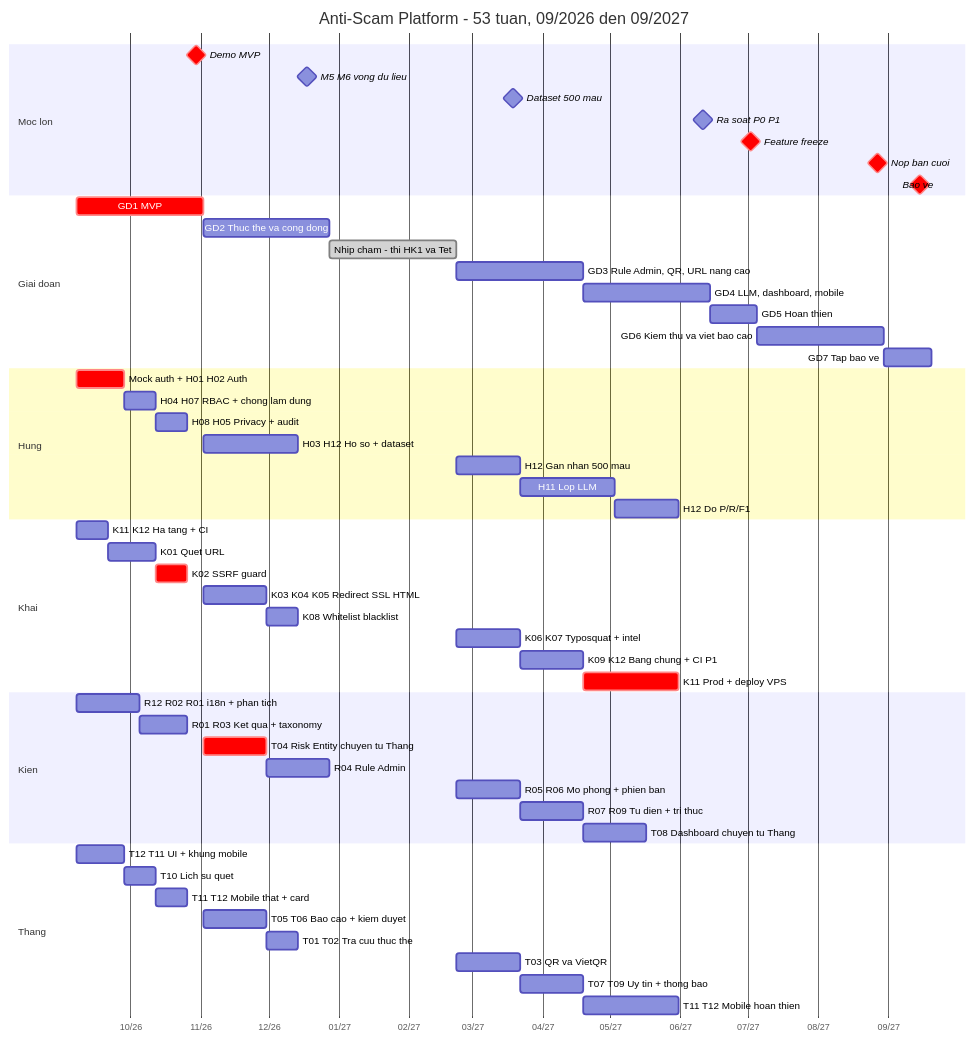
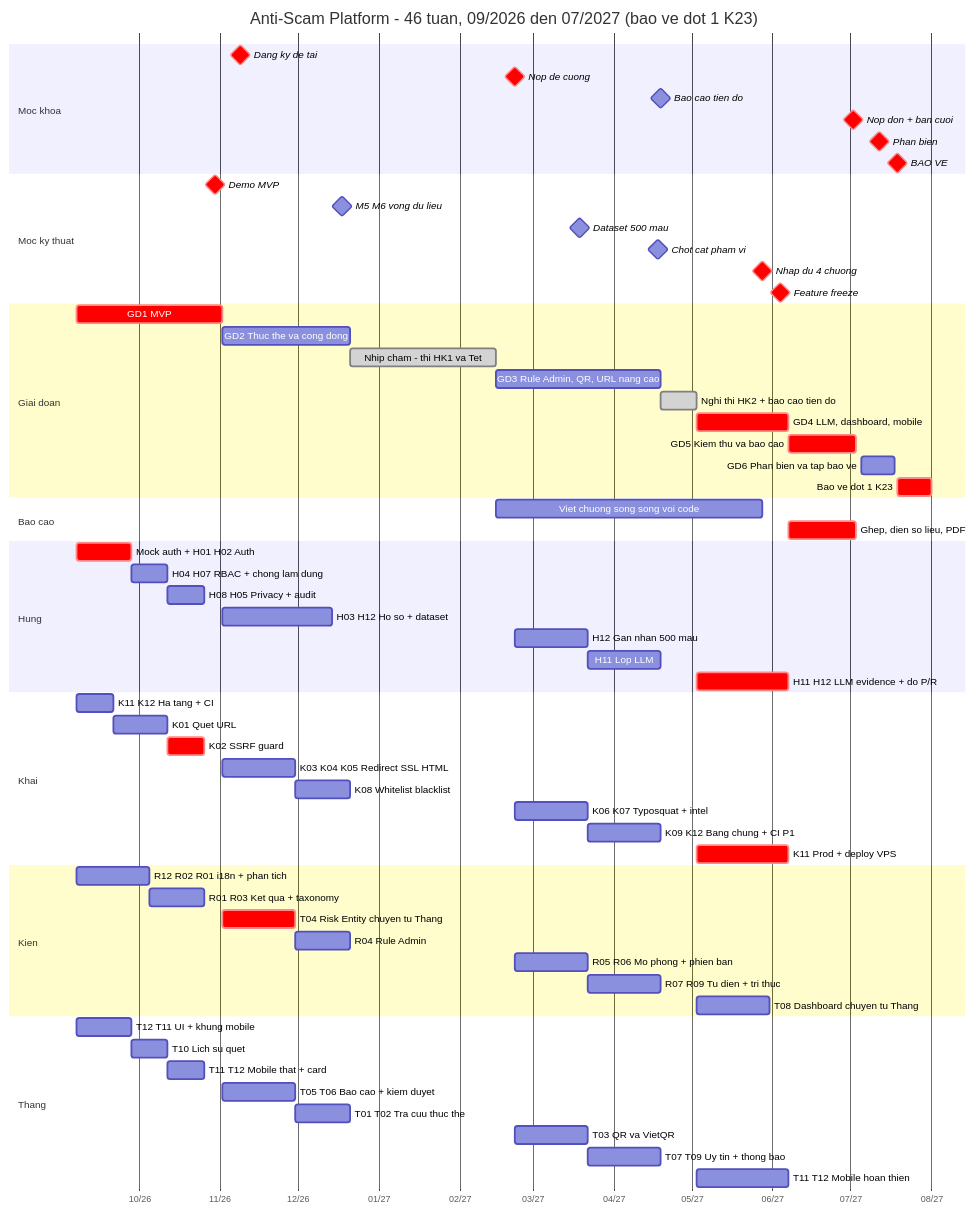
One commit to KLTN-2023-HCMSU/document changed the diagram in Week6/04_Timeline_chi_tiet/Timeline_chi_tiet_theo_tuan.md. Above: the diagram before and after it, drawn with Mermaid. The commit also changed other lines of this file and 1 other file, not shown here.

First line of the commit message:
Khải: căn lại timeline theo lịch khoa + báo cáo tuần W07

````diff
--- a/Week6/04_Timeline_chi_tiet/Timeline_chi_tiet_theo_tuan.md
+++ b/Week6/04_Timeline_chi_tiet/Timeline_chi_tiet_theo_tuan.md
@@ -540,63 +668,75 @@
 ```mermaid
 gantt
     dateFormat YYYY-MM-DD
     axisFormat %m/%y
-    title Anti-Scam Platform - 53 tuan, 09/2026 den 09/2027
+    title Anti-Scam Platform - 46 tuan, 09/2026 den 07/2027 (bao ve dot 1 K23)
 
-    section Moc lon
+    section Moc khoa
+    Dang ky de tai        :milestone, crit, reg, 2026-11-09, 0d
+    Nop de cuong          :milestone, crit, prop, 2027-02-22, 0d
+    Bao cao tien do       :milestone, prog, 2027-04-19, 0d
+    Nop don + ban cuoi    :milestone, crit, sub, 2027-07-02, 0d
+    Phan bien             :milestone, crit, rev, 2027-07-12, 0d
+    BAO VE                :milestone, crit, def, 2027-07-19, 0d
+
+    section Moc ky thuat
     Demo MVP              :milestone, crit, mvp, 2026-10-30, 0d
     M5 M6 vong du lieu    :milestone, m6, 2026-12-18, 0d
     Dataset 500 mau       :milestone, ds, 2027-03-19, 0d
-    Ra soat P0 P1         :milestone, rv, 2027-06-11, 0d
-    Feature freeze        :milestone, crit, ff, 2027-07-02, 0d
-    Nop ban cuoi          :milestone, crit, sub, 2027-08-27, 0d
-    Bao ve                :milestone, crit, def, 2027-09-15, 0d
+    Chot cat pham vi      :milestone, cut, 2027-04-18, 0d
+    Nhap du 4 chuong      :milestone, crit, dr, 2027-05-28, 0d
+    Feature freeze        :milestone, crit, ff, 2027-06-04, 0d
 
     section Giai doan
     GD1 MVP                          :crit, g1, 2026-09-07, 56d
-    GD2 Thuc the va cong dong        :g2, 2026-11-02, 56d
-    Nhip cham - thi HK1 va Tet       :done, g0, 2026-12-28, 56d
-    GD3 Rule Admin, QR, URL nang cao :g3, 2027-02-22, 56d
-    GD4 LLM, dashboard, mobile       :g4, 2027-04-19, 56d
-    GD5 Hoan thien                   :g5, 2027-06-14, 21d
-    GD6 Kiem thu va viet bao cao     :g6, 2027-07-05, 56d
-    GD7 Tap bao ve                   :g7, 2027-08-30, 21d
+    GD2 Thuc the va cong dong        :g2, 2026-11-02, 49d
+    Nhip cham - thi HK1 va Tet       :done, g0, 2026-12-21, 56d
+    GD3 Rule Admin, QR, URL nang cao :g3, 2027-02-15, 63d
+    Nghi thi HK2 + bao cao tien do   :done, gx, 2027-04-19, 14d
+    GD4 LLM, dashboard, mobile       :crit, g4, 2027-05-03, 35d
+    GD5 Kiem thu va bao cao          :crit, g5, 2027-06-07, 26d
+    GD6 Phan bien va tap bao ve      :g6, 2027-07-05, 13d
+    Bao ve dot 1 K23                 :crit, g7, 2027-07-19, 13d
+
+    section Bao cao
+    Viet chuong song song voi code :rep1, 2027-02-15, 102d
+    Ghep, dien so lieu, PDF        :crit, rep2, 2027-06-07, 26d
 
     section Hung
     Mock auth + H01 H02 Auth  :crit, h1, 2026-09-07, 21d
     H04 H07 RBAC + chong lam dung :h2, 2026-09-28, 14d
     H08 H05 Privacy + audit   :h3, 2026-10-12, 14d
     H03 H12 Ho so + dataset   :h4, 2026-11-02, 42d
     H12 Gan nhan 500 mau      :h5, 2027-02-22, 28d
-    H11 Lop LLM               :h6, 2027-03-22, 42d
-    H12 Do P/R/F1             :h7, 2027-05-03, 28d
+    H11 Lop LLM               :h6, 2027-03-22, 28d
+    H11 H12 LLM evidence + do P/R :crit, h7, 2027-05-03, 35d
 
     section Khai
     K11 K12 Ha tang + CI      :k1, 2026-09-07, 14d
     K01 Quet URL              :k2, 2026-09-21, 21d
     K02 SSRF guard            :crit, k3, 2026-10-12, 14d
     K03 K04 K05 Redirect SSL HTML :k4, 2026-11-02, 28d
-    K08 Whitelist blacklist   :k5, 2026-11-30, 14d
+    K08 Whitelist blacklist   :k5, 2026-11-30, 21d
     K06 K07 Typosquat + intel :k6, 2027-02-22, 28d
     K09 K12 Bang chung + CI P1 :k7, 2027-03-22, 28d
-    K11 Prod + deploy VPS     :crit, k8, 2027-04-19, 42d
+    K11 Prod + deploy VPS     :crit, k8, 2027-05-03, 35d
 
     section Kien
     R12 R02 R01 i18n + phan tich :r1, 2026-09-07, 28d
     R01 R03 Ket qua + taxonomy   :r2, 2026-10-05, 21d
     T04 Risk Entity chuyen tu Thang :crit, r3, 2026-11-02, 28d
-    R04 Rule Admin               :r4, 2026-11-30, 28d
+    R04 Rule Admin               :r4, 2026-11-30, 21d
     R05 R06 Mo phong + phien ban :r5, 2027-02-22, 28d
     R07 R09 Tu dien + tri thuc   :r6, 2027-03-22, 28d
-    T08 Dashboard chuyen tu Thang :r7, 2027-04-19, 28d
+    T08 Dashboard chuyen tu Thang :r7, 2027-05-03, 28d
 
     section Thang
     T12 T11 UI + khung mobile :t1, 2026-09-07, 21d
     T10 Lich su quet          :t2, 2026-09-28, 14d
     T11 T12 Mobile that + card :t3, 2026-10-12, 14d
     T05 T06 Bao cao + kiem duyet :t4, 2026-11-02, 28d
-    T01 T02 Tra cuu thuc the  :t5, 2026-11-30, 14d
+    T01 T02 Tra cuu thuc the  :t5, 2026-11-30, 21d
     T03 QR va VietQR          :t6, 2027-02-22, 28d
     T07 T09 Uy tin + thong bao :t7, 2027-03-22, 28d
-    T11 T12 Mobile hoan thien :t8, 2027-04-19, 42d
+    T11 T12 Mobile hoan thien :t8, 2027-05-03, 35d
 ```
````
